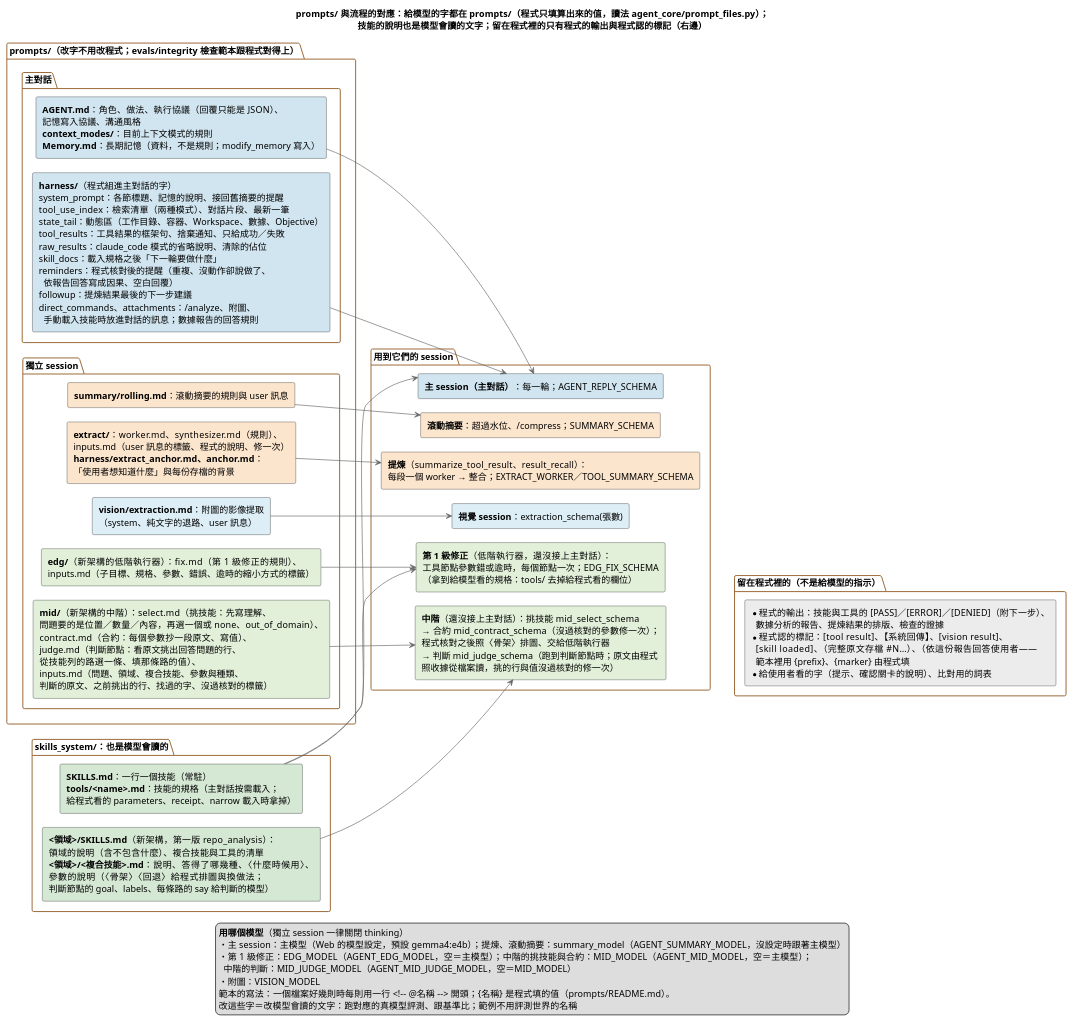
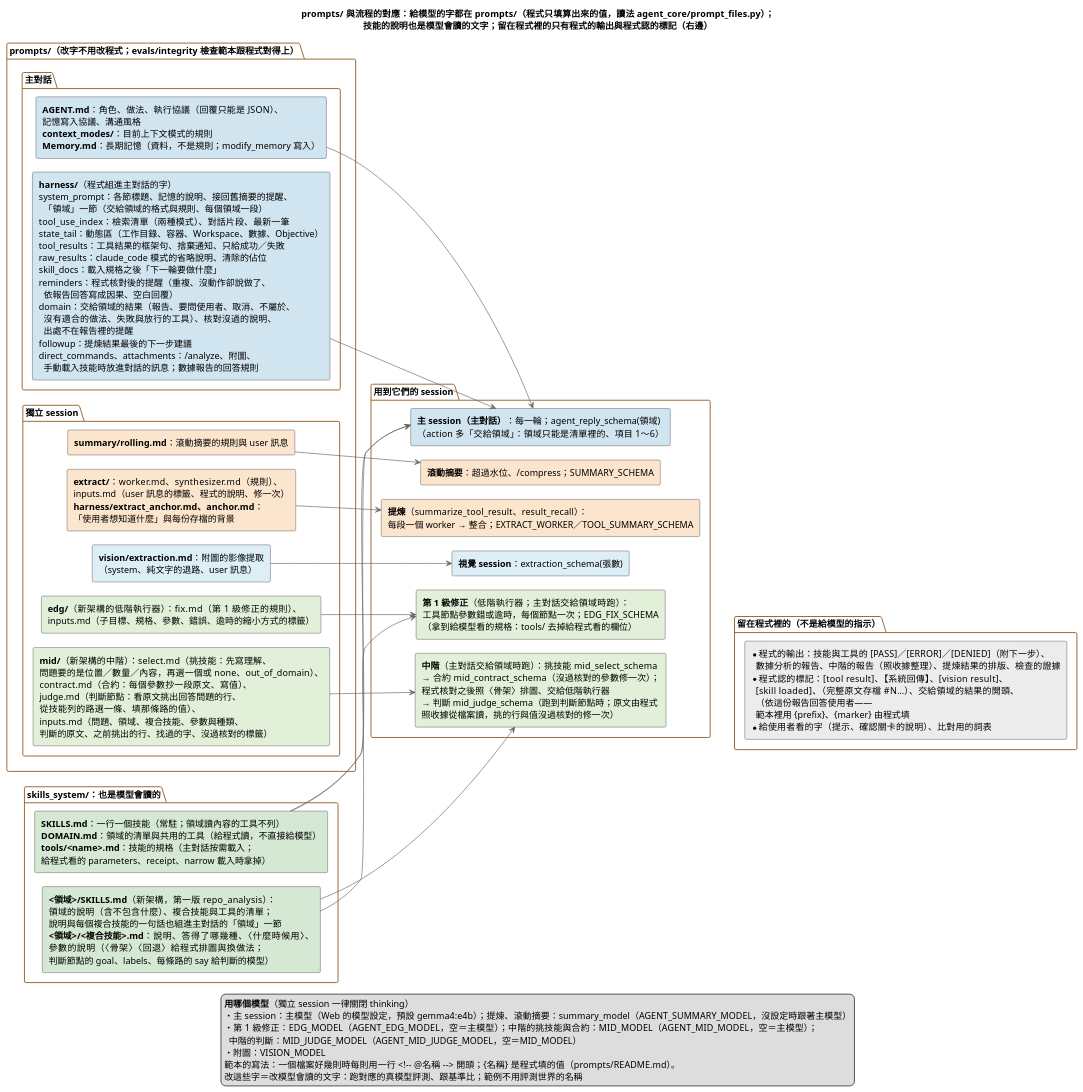
The diagram in doc/diagrams/prompts與流程的對應.puml (DavidZox/Coding_agnet), drawn with PlantUML before and after one commit. The commit also changed 25 other files, not shown here.

```diff
--- a/doc/diagrams/prompts與流程的對應.puml
+++ b/doc/diagrams/prompts與流程的對應.puml
@@ -1,142 +1,151 @@
 @startuml
 ' --- 樣式精準控制 ---
 skinparam shadowing false
 skinparam defaultFontName "Microsoft JhengHei"
 skinparam RectangleWidthMax 440
 skinparam PackageBorderColor #996633
 skinparam ArrowColor #666666
 skinparam ranksep 70
 skinparam nodesep 22
 left to right direction
 
 title prompts/ 與流程的對應：給模型的字都在 prompts/（程式只填算出來的值，讀法 agent_core/prompt_files.py）；\n技能的說明也是模型會讀的文字；留在程式裡的只有程式的輸出與程式認的標記（右邊）
 
 package "prompts/（改字不用改程式；evals/integrity 檢查範本跟程式對得上）" {
   package "主對話" {
     rectangle P_AGENT #D1E5F0 [
       **AGENT.md**：角色、做法、執行協議（回覆只能是 JSON）、
       記憶寫入協議、溝通風格
       **context_modes/**：目前上下文模式的規則
       **Memory.md**：長期記憶（資料，不是規則；modify_memory 寫入）
     ]
     rectangle P_HARNESS #D1E5F0 [
       **harness/**（程式組進主對話的字）
-      system_prompt：各節標題、記憶的說明、接回舊摘要的提醒
+      system_prompt：各節標題、記憶的說明、接回舊摘要的提醒、
+        「領域」一節（交給領域的格式與規則、每個領域一段）
       tool_use_index：檢索清單（兩種模式）、對話片段、最新一筆
       state_tail：動態區（工作目錄、容器、Workspace、數據、Objective）
       tool_results：工具結果的框架句、捨棄通知、只給成功／失敗
       raw_results：claude_code 模式的省略說明、清除的佔位
       skill_docs：載入規格之後「下一輪要做什麼」
       reminders：程式核對後的提醒（重複、沒動作卻說做了、
         依報告回答寫成因果、空白回覆）
+      domain：交給領域的結果（報告、要問使用者、取消、不屬於、
+        沒有適合的做法、失敗與放行的工具）、核對沒過的說明、
+        出處不在報告裡的提醒
       followup：提煉結果最後的下一步建議
       direct_commands、attachments：/analyze、附圖、
         手動載入技能時放進對話的訊息；數據報告的回答規則
     ]
   }
   package "獨立 session" {
     rectangle P_SUMMARY #FCE5CD [
       **summary/rolling.md**：滾動摘要的規則與 user 訊息
     ]
     rectangle P_EXTRACT #FCE5CD [
       **extract/**：worker.md、synthesizer.md（規則）、
       inputs.md（user 訊息的標籤、程式的說明、修一次）
       **harness/extract_anchor.md、anchor.md**：
       「使用者想知道什麼」與每份存檔的背景
     ]
     rectangle P_VISION #DDEEF6 [
       **vision/extraction.md**：附圖的影像提取
       （system、純文字的退路、user 訊息）
     ]
     rectangle P_EDG #E2F0D9 [
       **edg/**（新架構的低階執行器）：fix.md（第 1 級修正的規則）、
       inputs.md（子目標、規格、參數、錯誤、逾時的縮小方式的標籤）
     ]
     rectangle P_MID #E2F0D9 [
       **mid/**（新架構的中階）：select.md（挑技能：先寫理解、
       問題要的是位置／數量／內容，再選一個或 none、out_of_domain）、
       contract.md（合約：每個參數抄一段原文、寫值）、
       judge.md（判斷節點：看原文挑出回答問題的行、
       從技能列的路選一條、填那條路的值）、
       inputs.md（問題、領域、複合技能、參數與種類、
       判斷的原文、之前挑出的行、找過的字、沒過核對的標籤）
     ]
   }
 }
 
 package "skills_system/：也是模型會讀的" {
   rectangle K_ALL #D5E8D4 [
-    **SKILLS.md**：一行一個技能（常駐）
+    **SKILLS.md**：一行一個技能（常駐；領域讀內容的工具不列）
+    **DOMAIN.md**：領域的清單與共用的工具（給程式讀，不直接給模型）
     **tools/<name>.md**：技能的規格（主對話按需載入；
     給程式看的 parameters、receipt、narrow 載入時拿掉）
   ]
   rectangle K_DOMAIN #D5E8D4 [
     **<領域>/SKILLS.md**（新架構，第一版 repo_analysis）：
-    領域的說明（含不包含什麼）、複合技能與工具的清單
+    領域的說明（含不包含什麼）、複合技能與工具的清單；
+    說明與每個複合技能的一句話也組進主對話的「領域」一節
     **<領域>/<複合技能>.md**：說明、答得了哪幾種、〈什麼時候用〉、
     參數的說明（〈骨架〉〈回退〉給程式排圖與換做法；
     判斷節點的 goal、labels、每條路的 say 給判斷的模型）
   ]
 }
 
 package "用到它們的 session" {
   rectangle S_MAIN #D1E5F0 [
-    **主 session（主對話）**：每一輪；AGENT_REPLY_SCHEMA
+    **主 session（主對話）**：每一輪；agent_reply_schema(領域)
+    （action 多「交給領域」：領域只能是清單裡的、項目 1～6）
   ]
   rectangle S_SUMMARY #FCE5CD [
     **滾動摘要**：超過水位、/compress；SUMMARY_SCHEMA
   ]
   rectangle S_EXTRACT #FCE5CD [
     **提煉**（summarize_tool_result、result_recall）：
     每段一個 worker → 整合；EXTRACT_WORKER／TOOL_SUMMARY_SCHEMA
   ]
   rectangle S_VISION #DDEEF6 [
     **視覺 session**：extraction_schema(張數)
   ]
   rectangle S_EDG #E2F0D9 [
-    **第 1 級修正**（低階執行器，還沒接上主對話）：
+    **第 1 級修正**（低階執行器；主對話交給領域時跑）：
     工具節點參數錯或逾時，每個節點一次；EDG_FIX_SCHEMA
     （拿到給模型看的規格：tools/ 去掉給程式看的欄位）
   ]
   rectangle S_MID #E2F0D9 [
-    **中階**（還沒接上主對話）：挑技能 mid_select_schema
+    **中階**（主對話交給領域時跑）：挑技能 mid_select_schema
     → 合約 mid_contract_schema（沒過核對的參數修一次）；
     程式核對之後照〈骨架〉排圖、交給低階執行器
     → 判斷 mid_judge_schema（跑到判斷節點時；原文由程式
     照收據從檔案讀，挑的行與值沒過核對的修一次）
   ]
 }
 
 package "留在程式裡的（不是給模型的指示）" {
   rectangle C_LIST #ECECEC [
     * 程式的輸出：技能與工具的 [PASS]／[ERROR]／[DENIED]（附下一步）、
-      數據分析的報告、提煉結果的排版、檢查的證據
+      數據分析的報告、中階的報告（照收據整理）、提煉結果的排版、檢查的證據
     * 程式認的標記：[tool result]、【系統回傳】、[vision result]、
-      [skill loaded]、（完整原文存檔 #N…）、（依這份報告回答使用者——
+      [skill loaded]、（完整原文存檔 #N…）、交給領域的結果的開頭、
+      （依這份報告回答使用者——
       範本裡用 {prefix}、{marker} 由程式填
     * 給使用者看的字（提示、確認關卡的說明）、比對用的詞表
   ]
 }
 
 P_AGENT --> S_MAIN
 P_HARNESS --> S_MAIN
 K_ALL --> S_MAIN
 P_SUMMARY --> S_SUMMARY
 P_EXTRACT --> S_EXTRACT
 P_VISION --> S_VISION
 P_EDG --> S_EDG
 K_ALL --> S_EDG
 P_MID --> S_MID
 K_DOMAIN --> S_MID
+K_DOMAIN --> S_MAIN
 S_MID -[hidden]-> C_LIST
 
 legend bottom
   **用哪個模型**（獨立 session 一律關閉 thinking）
   ・主 session：主模型（Web 的模型設定，預設 gemma4:e4b）；提煉、滾動摘要：summary_model（AGENT_SUMMARY_MODEL，沒設定時跟著主模型）
   ・第 1 級修正：EDG_MODEL（AGENT_EDG_MODEL，空＝主模型）；中階的挑技能與合約：MID_MODEL（AGENT_MID_MODEL，空＝主模型）；
     中階的判斷：MID_JUDGE_MODEL（AGENT_MID_JUDGE_MODEL，空＝MID_MODEL）
   ・附圖：VISION_MODEL
   範本的寫法：一個檔案好幾則時每則用一行 <!~-- @名稱 ~--> 開頭；{名稱} 是程式填的值（prompts/README.md）。
   改這些字＝改模型會讀的文字：跑對應的真模型評測、跟基準比；範例不用評測世界的名稱
 endlegend
 @enduml
```
